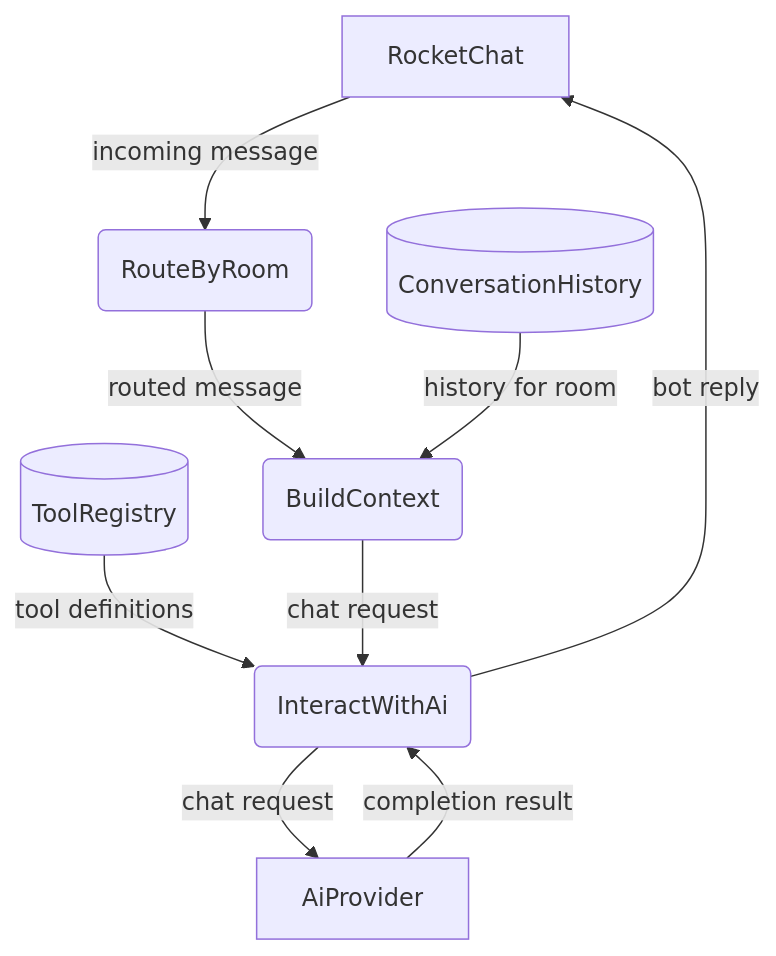
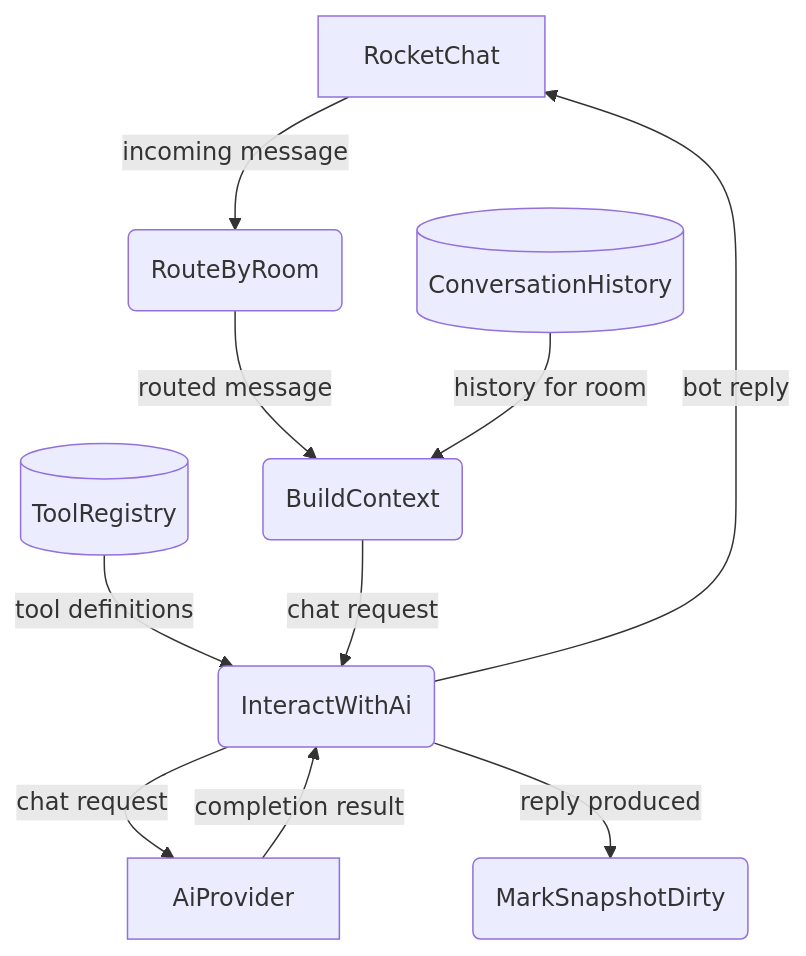
One commit to cosmoswafer/rockbot changed the first of 6 diagrams in _dfds/agent-harness.md. Above: the diagram before and after it, drawn with Mermaid. The commit also changed other lines of this file and 5 other files, not shown here.

First line of the commit message:
fix: mark snapshot dirty on every response, respect RUST_LOG, fix empty-snapshot guard

````diff
--- a/_dfds/agent-harness.md
+++ b/_dfds/agent-harness.md
@@ -46,19 +46,21 @@
 ```mermaid
 flowchart TD
     RC[RocketChat]
     ROUTE(RouteByRoom)
     CTX(BuildContext)
     MEM[(ConversationHistory)]
     TOOLS_DEF[(ToolRegistry)]
     INTERACT(InteractWithAi)
     AI[AiProvider]
+    MRK_DIRTY(MarkSnapshotDirty)
 
     RC -->|"incoming message"| ROUTE
     ROUTE -->|"routed message"| CTX
     MEM -->|"history for room"| CTX
     TOOLS_DEF -->|"tool definitions"| INTERACT
     CTX -->|"chat request"| INTERACT
     INTERACT -->|"chat request"| AI
     AI -->|"completion result"| INTERACT
     INTERACT -->|"bot reply"| RC
+    INTERACT -->|"reply produced"| MRK_DIRTY
 ```
````
